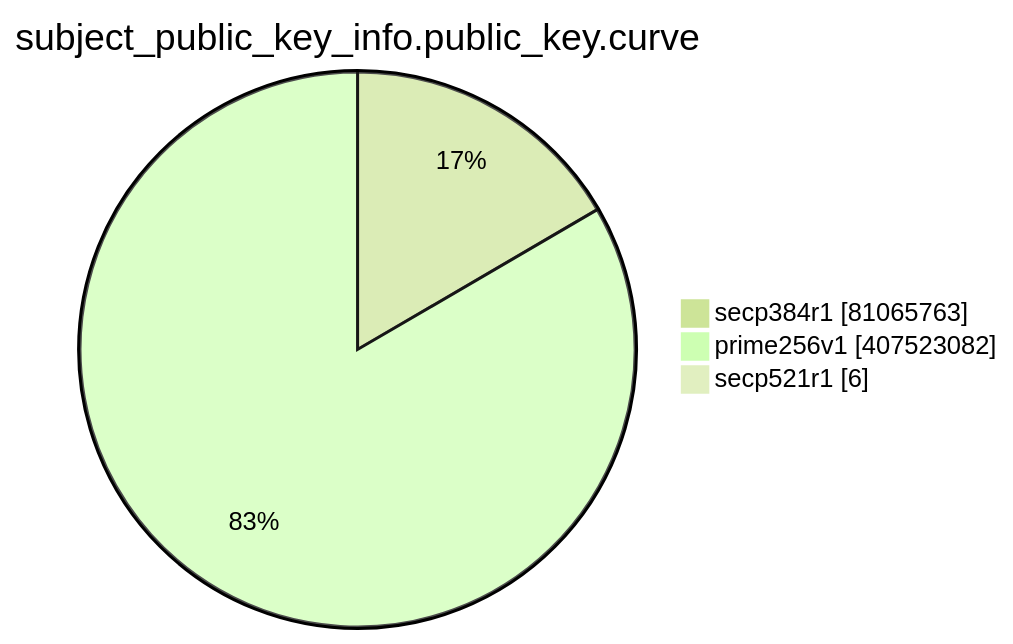
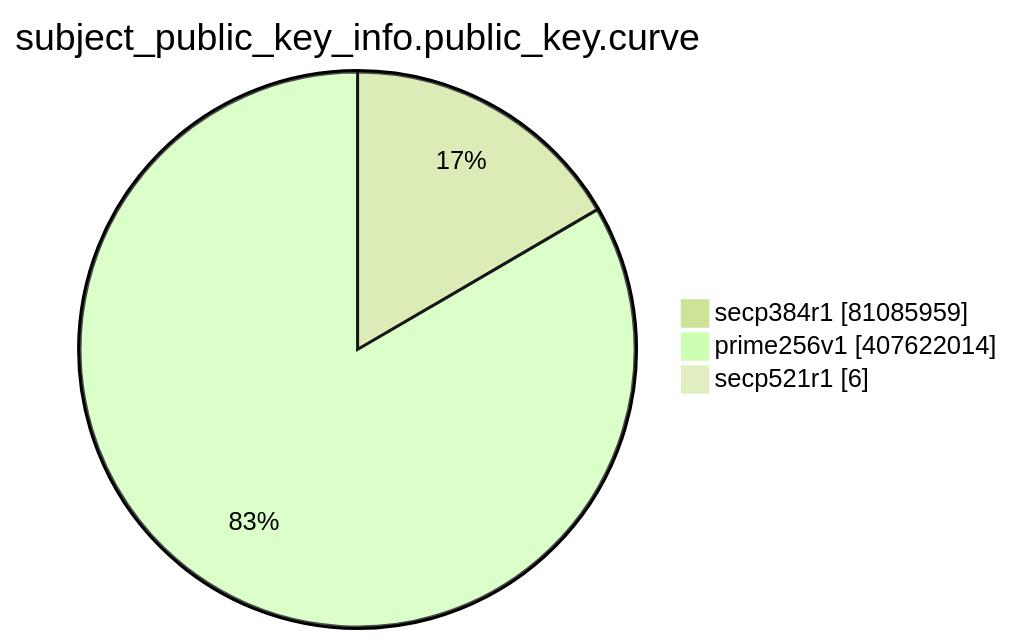
Before and after one commit to christiankrug/ctmonitor_visualization: the eighth of 15 diagrams in TOTAL/README.md, drawn with Mermaid (forest theme). The commit also changed other lines of this file, not shown here.

````diff
--- a/TOTAL/README.md
+++ b/TOTAL/README.md
@@ -3096,7 +3096,7 @@
 ```mermaid
 pie showData
 title subject_public_key_info.public_key.curve
-"secp384r1" :81065763
-"prime256v1" :407523082
+"secp384r1" :81085959
+"prime256v1" :407622014
 "secp521r1" :6
 ```
````
